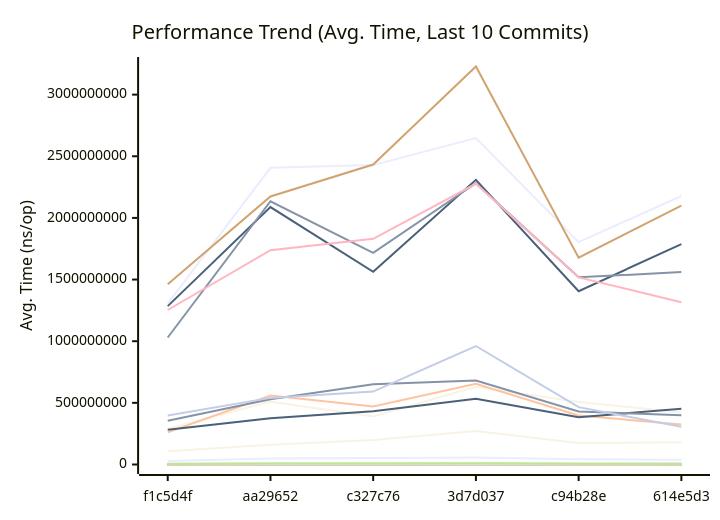
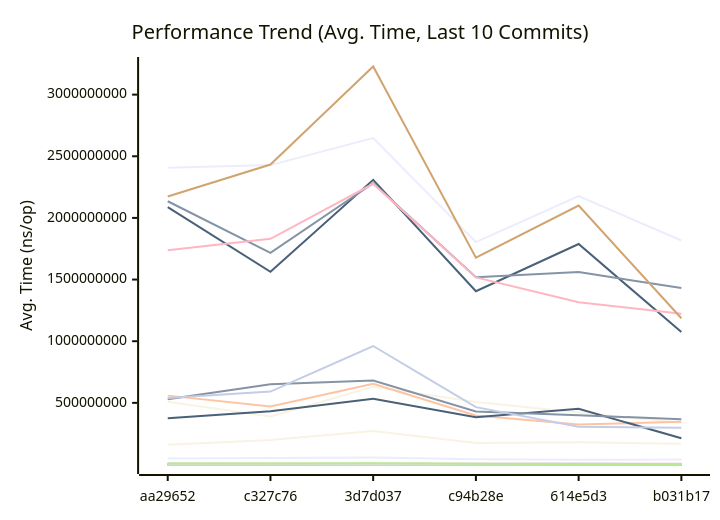
Before and after one commit to alsotoes/momo: the first of 3 diagrams in docs/PERFORMANCE.md, drawn with Mermaid. The commit also changed other lines of this file and 2 other files, not shown here.

````diff
--- a/docs/PERFORMANCE.md
+++ b/docs/PERFORMANCE.md
@@ -260,44 +260,44 @@
 ```mermaid
 xychart-beta
     title "Performance Trend (Avg. Time, Last 10 Commits)"
     x-axis "Commit"
     y-axis "Avg. Time (ns/op)"
-    x-axis [f1c5d4f,aa29652,c327c76,3d7d037,c94b28e,614e5d3]
-    line "AWSChunkedReaderSigned" [606537,1043223,973548,1455699,680259,833482,953309,627888,785988,1067684]
-    line "AWSChunkedReaderUnsigned" [615450,1351997,1054695,1128789,889133,730853,858757,790951,977586,1009938]
-    line "CheckMetricsAndSwap" [9,18,19,38,17,10,13,15,17,19]
-    line "CrushOptimized" [489,593,643,1042,685,798,468,532,465,1105]
-    line "CrushOriginal" [581,856,1307,2029,855,1268,698,834,795,4070]
-    line "FormatListObjectsV2XML_AppendFormat" [962696,2255056,1630321,4600271,1782191,1061116,1008647,1406590,1275364,2945065]
-    line "FormatListObjectsV2XML_OldFormat" [488621,1103444,888288,1357791,907084,473930,533866,813796,870950,1231705]
-    line "HashBytes/1MiB" [5123782,7575501,6664907,7640824,5383828,7555000,5598473,4921734,5879995,7762528]
-    line "HashBytes/256MiB" [1284521850,2087994619,1563281181,2308810918,1405443275,1788061102,1074265335,1131266592,1293022873,1911922639]
-    line "HashBytes/64MiB" [289844742,509860327,389285110,629622654,507641214,422715939,338237103,382860244,372987075,500199690]
-    line "HashFile/1MiB" [4299477,8227082,7078150,8690518,5618671,6533318,4172609,6261739,5169082,7925836]
-    line "HashFile/256MiB" [1030231274,2135226775,1716532942,2281655194,1518211227,1560936348,1431277931,1624300639,1432425639,2277372507]
-    line "HashFile/64MiB" [260223898,558613671,471436906,655531538,397822488,323633746,347435470,383484634,407202955,631755332]
-    line "IndexDirectTracking" [0,1,1,1,1,1,1,1,1,1]
-    line "IndexSearch" [4,5,4,5,5,4,4,4,5,5]
-    line "LastModifiedHeader_AppendFormat" [319,610,638,744,453,385,315,376,542,692]
-    line "LastModifiedHeader_Format" [406,812,695,1046,635,526,444,488,574,945]
-    line "LoadGlobalConfig" [12907,20187,22438,33068,21404,21459,15616,14400,18548,33096]
-    line "LocalWrite/1MiB" [612314,1771010,1395534,1103659,782921,673496,973167,928144,1116026,1101952]
-    line "LocalWrite/256MiB" [107404943,160392504,197917420,272351029,175219427,179514948,167743774,160436947,185677716,237694458]
-    line "LocalWrite/64MiB" [28308935,49166059,52341255,56218123,42014368,37648886,40720206,46095057,61144515,51244002]
-    line "PadString" [61,211,165,205,86,67,85,80,88,254]
+    x-axis [aa29652,c327c76,3d7d037,c94b28e,614e5d3,b031b17]
+    line "AWSChunkedReaderSigned" [1043223,973548,1455699,680259,833482,953309,627888,785988,1067684,922629]
+    line "AWSChunkedReaderUnsigned" [1351997,1054695,1128789,889133,730853,858757,790951,977586,1009938,957235]
+    line "CheckMetricsAndSwap" [18,19,38,17,10,13,15,17,19,19]
+    line "CrushOptimized" [593,643,1042,685,798,468,532,465,1105,686]
+    line "CrushOriginal" [856,1307,2029,855,1268,698,834,795,4070,916]
+    line "FormatListObjectsV2XML_AppendFormat" [2255056,1630321,4600271,1782191,1061116,1008647,1406590,1275364,2945065,1883129]
+    line "FormatListObjectsV2XML_OldFormat" [1103444,888288,1357791,907084,473930,533866,813796,870950,1231705,951687]
+    line "HashBytes/1MiB" [7575501,6664907,7640824,5383828,7555000,5598473,4921734,5879995,7762528,6632796]
+    line "HashBytes/256MiB" [2087994619,1563281181,2308810918,1405443275,1788061102,1074265335,1131266592,1293022873,1911922639,1864794800]
+    line "HashBytes/64MiB" [509860327,389285110,629622654,507641214,422715939,338237103,382860244,372987075,500199690,515415655]
+    line "HashFile/1MiB" [8227082,7078150,8690518,5618671,6533318,4172609,6261739,5169082,7925836,7984742]
+    line "HashFile/256MiB" [2135226775,1716532942,2281655194,1518211227,1560936348,1431277931,1624300639,1432425639,2277372507,1808278202]
+    line "HashFile/64MiB" [558613671,471436906,655531538,397822488,323633746,347435470,383484634,407202955,631755332,456982643]
+    line "IndexDirectTracking" [1,1,1,1,1,1,1,1,1,1]
+    line "IndexSearch" [5,4,5,5,4,4,4,5,5,5]
+    line "LastModifiedHeader_AppendFormat" [610,638,744,453,385,315,376,542,692,554]
+    line "LastModifiedHeader_Format" [812,695,1046,635,526,444,488,574,945,740]
+    line "LoadGlobalConfig" [20187,22438,33068,21404,21459,15616,14400,18548,33096,27395]
+    line "LocalWrite/1MiB" [1771010,1395534,1103659,782921,673496,973167,928144,1116026,1101952,948941]
+    line "LocalWrite/256MiB" [160392504,197917420,272351029,175219427,179514948,167743774,160436947,185677716,237694458,201951766]
+    line "LocalWrite/64MiB" [49166059,52341255,56218123,42014368,37648886,40720206,46095057,61144515,51244002,47739884]
+    line "PadString" [211,165,205,86,67,85,80,88,254,130]
     line "ParseReplicationOrder_NoPrealloc" [350,349,357,354,345,225,229,165,232,234]
     line "ParseReplicationOrder_Prealloc" [229,231,237,234,229,108,107,80,110,109]
-    line "Placement" [6933,8102,10527,25580,11321,10377,7200,8789,8100,27755]
-    line "PlacementDomainSpread" [8426,8684,11049,18437,11792,9468,8229,9655,8934,18491]
-    line "ReadVerify/1MiB" [3448579,5630820,6689386,12183182,5670392,7713170,4757418,5869903,8481402,7559053]
-    line "ReadVerify/256MiB" [1253185341,1738129398,1830120119,2276631953,1517577657,1316685724,1223335569,2116170500,1781612989,2200381287]
-    line "ReadVerify/64MiB" [281005831,374198113,432795151,533889680,383828668,451931212,213251291,512922822,518387680,545034562]
-    line "S3PutSpool/1MiB" [6430516,9117398,9491833,12330195,7822144,8408058,8591213,6157166,6498512,9327955]
-    line "S3PutSpool/256MiB" [1304364707,2406472426,2428268969,2647654672,1803968295,2177507350,1816522977,1227464198,1869122530,2351294741]
-    line "S3PutSpool/64MiB" [354128133,528507413,651666227,681227498,429216770,399626051,367182715,399702230,433842837,576056595]
-    line "SanitizeLog/Safe" [316,623,639,645,428,331,547,453,464,721]
-    line "SanitizeLog/Unsafe" [1076,2180,2105,3077,1405,1260,1471,1234,1310,2660]
-    line "TrustedRead/1MiB" [4741810,8367879,7463250,9671314,5650216,4830214,4254033,7751297,7357692,9625274]
-    line "TrustedRead/256MiB" [1462605918,2173767229,2433008029,3228071339,1677679418,2100324369,1186508654,1267006234,1480761171,2120164443]
-    line "TrustedRead/64MiB" [397868130,540269082,591536062,961059323,465018339,305338723,298647819,415837736,464687610,569925858]
+    line "Placement" [8102,10527,25580,11321,10377,7200,8789,8100,27755,9688]
+    line "PlacementDomainSpread" [8684,11049,18437,11792,9468,8229,9655,8934,18491,11295]
+    line "ReadVerify/1MiB" [5630820,6689386,12183182,5670392,7713170,4757418,5869903,8481402,7559053,7811454]
+    line "ReadVerify/256MiB" [1738129398,1830120119,2276631953,1517577657,1316685724,1223335569,2116170500,1781612989,2200381287,1884111924]
+    line "ReadVerify/64MiB" [374198113,432795151,533889680,383828668,451931212,213251291,512922822,518387680,545034562,507474576]
+    line "S3PutSpool/1MiB" [9117398,9491833,12330195,7822144,8408058,8591213,6157166,6498512,9327955,8640777]
+    line "S3PutSpool/256MiB" [2406472426,2428268969,2647654672,1803968295,2177507350,1816522977,1227464198,1869122530,2351294741,2169231306]
+    line "S3PutSpool/64MiB" [528507413,651666227,681227498,429216770,399626051,367182715,399702230,433842837,576056595,569773006]
+    line "SanitizeLog/Safe" [623,639,645,428,331,547,453,464,721,570]
+    line "SanitizeLog/Unsafe" [2180,2105,3077,1405,1260,1471,1234,1310,2660,1976]
+    line "TrustedRead/1MiB" [8367879,7463250,9671314,5650216,4830214,4254033,7751297,7357692,9625274,8251662]
+    line "TrustedRead/256MiB" [2173767229,2433008029,3228071339,1677679418,2100324369,1186508654,1267006234,1480761171,2120164443,2079407950]
+    line "TrustedRead/64MiB" [540269082,591536062,961059323,465018339,305338723,298647819,415837736,464687610,569925858,539820546]
 ```
````
